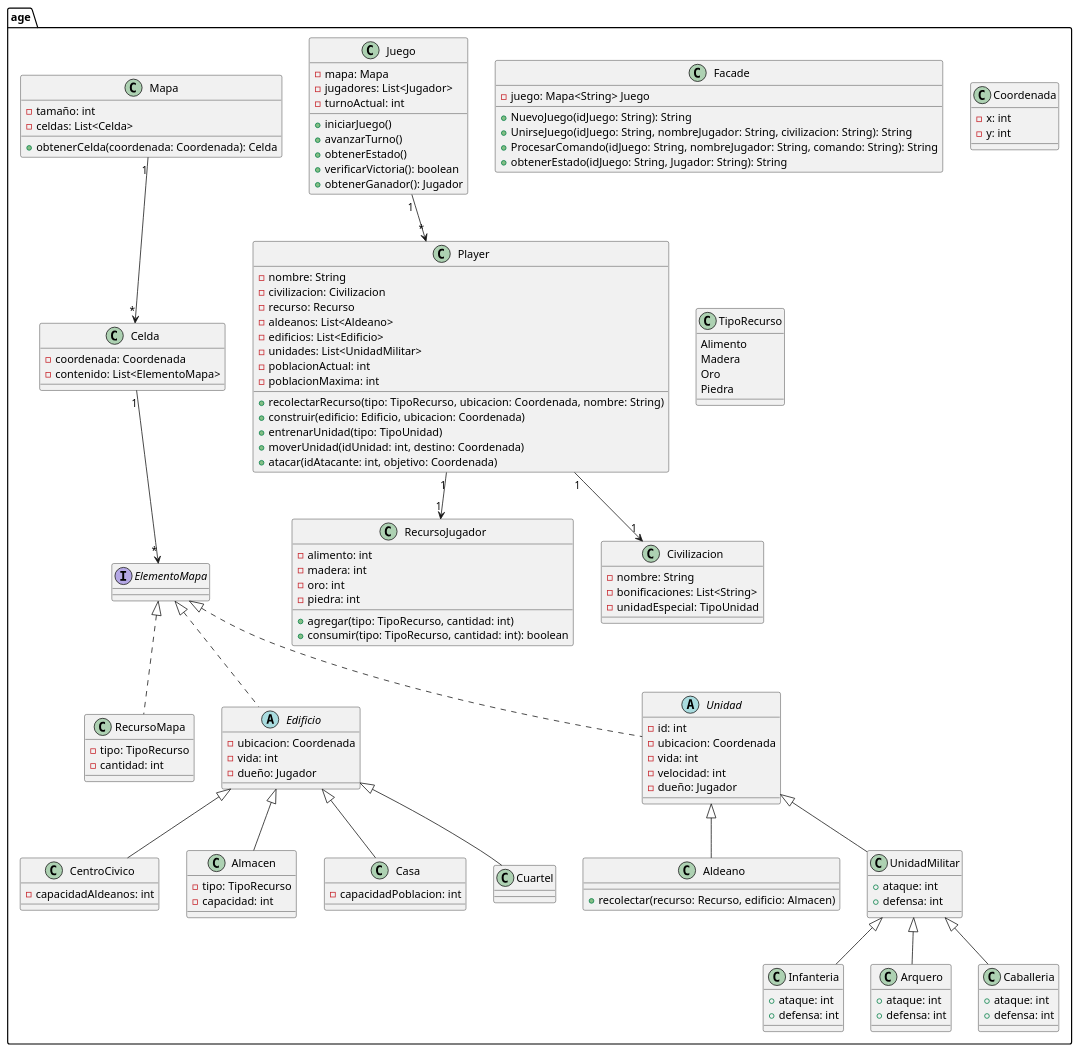
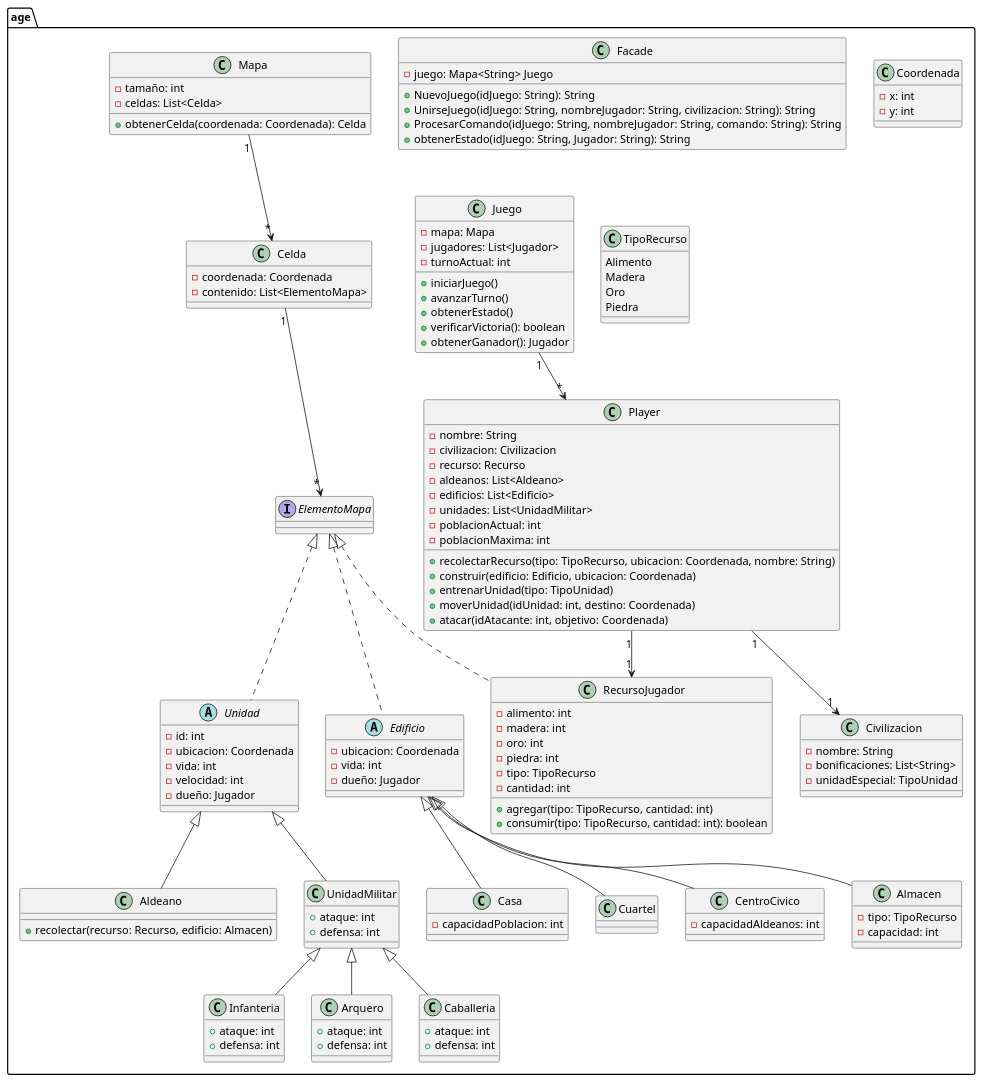
Before and after one commit to mcaetano7/proyectop22025: the diagram in src/scratch.puml, drawn with PlantUML. The commit also changed 1 other file, not shown here.

```diff
--- a/src/scratch.puml
+++ b/src/scratch.puml
@@ -1,150 +1,147 @@
 @startuml PIIProyecto2025
 
 
 package "age" {
 
     class Facade {
     - juego: Mapa<String> Juego
     + NuevoJuego(idJuego: String): String
     + UnirseJuego(idJuego: String, nombreJugador: String, civilizacion: String): String
     + ProcesarComando(idJuego: String, nombreJugador: String, comando: String): String
     + obtenerEstado(idJuego: String, Jugador: String): String
     }
     
     class Juego {
         - mapa: Mapa
         - jugadores: List<Jugador>
         - turnoActual: int
         + iniciarJuego()
         + avanzarTurno()
         + obtenerEstado()
         + verificarVictoria(): boolean
         + obtenerGanador(): Jugador
     }
 
     class Player {
         - nombre: String
         - civilizacion: Civilizacion
         - recurso: Recurso
         - aldeanos: List<Aldeano>
         - edificios: List<Edificio>
         - unidades: List<UnidadMilitar>
         - poblacionActual: int
         - poblacionMaxima: int
         + recolectarRecurso(tipo: TipoRecurso, ubicacion: Coordenada, nombre: String)
         + construir(edificio: Edificio, ubicacion: Coordenada)
         + entrenarUnidad(tipo: TipoUnidad)
         + moverUnidad(idUnidad: int, destino: Coordenada)
         + atacar(idAtacante: int, objetivo: Coordenada)
     }
 
     class Mapa {
         - tamaño: int
         - celdas: List<Celda>
         + obtenerCelda(coordenada: Coordenada): Celda
     }
 
     class Celda {
         - coordenada: Coordenada
         - contenido: List<ElementoMapa>
     }
 
     class Coordenada {
         - x: int
         - y: int
     }
 
     interface ElementoMapa {
     }
 
-    class RecursoMapa implements ElementoMapa {
-        - tipo: TipoRecurso
-        - cantidad: int
-    }
-
     class TipoRecurso {
         Alimento
         Madera
         Oro
         Piedra
     }
 
-    class RecursoJugador {
+    class RecursoJugador implements ElementoMapa {
         - alimento: int
         - madera: int
         - oro: int
         - piedra: int
+        - tipo: TipoRecurso
+        - cantidad: int
         + agregar(tipo: TipoRecurso, cantidad: int)
         + consumir(tipo: TipoRecurso, cantidad: int): boolean
     }
 
     class Civilizacion {
         - nombre: String
         - bonificaciones: List<String>
         - unidadEspecial: TipoUnidad
     }
 
     abstract class Edificio implements ElementoMapa {
         - ubicacion: Coordenada
         - vida: int
         - dueño: Jugador
     }
 
     class CentroCivico extends Edificio {
         - capacidadAldeanos: int
     }
 
     class Almacen extends Edificio {
         - tipo: TipoRecurso
         - capacidad: int
     }
 
     class Casa extends Edificio {
         - capacidadPoblacion: int
     }
 
     class Cuartel extends Edificio {
     }
 
     abstract class Unidad implements ElementoMapa {
         - id: int
         - ubicacion: Coordenada
         - vida: int
         - velocidad: int
         - dueño: Jugador
     }
 
     class Aldeano extends Unidad {
         + recolectar(recurso: Recurso, edificio: Almacen)
     }
 
     class UnidadMilitar extends Unidad {
         + ataque: int
         + defensa: int
     }
 
     class Infanteria extends UnidadMilitar {
         + ataque: int 
         + defensa: int
     
     }
 
     class Arquero extends UnidadMilitar {
         + ataque: int 
         + defensa: int 
     }
 
     class Caballeria extends UnidadMilitar {
         + ataque: int 
         + defensa: int 
     }
     
     Juego "1" --> "*" Player
     Player "1" --> "1" Civilizacion
     Player "1" --> "1" RecursoJugador
     Mapa "1" --> "*" Celda
     Celda "1" --> "*" ElementoMapa
 
 }
 
 @enduml
```
